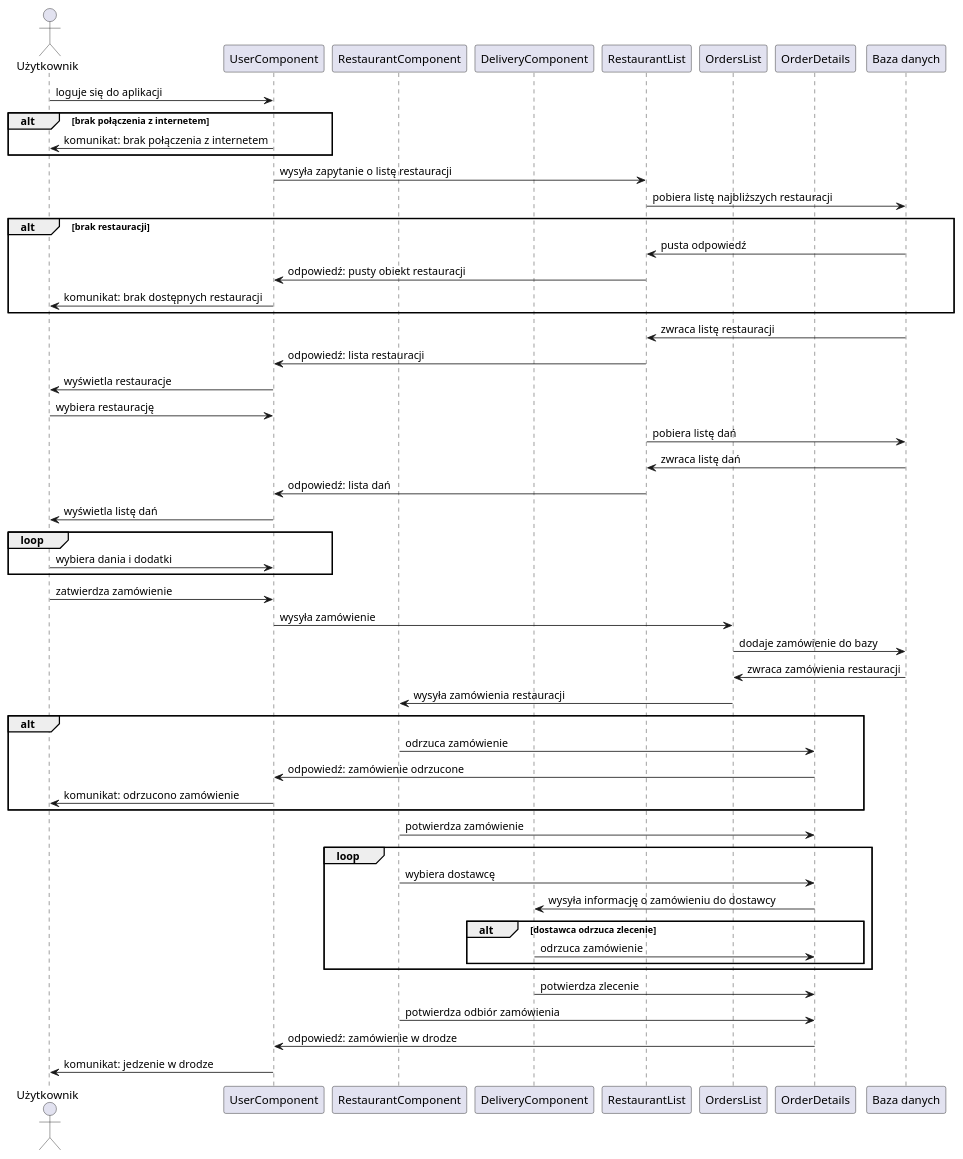
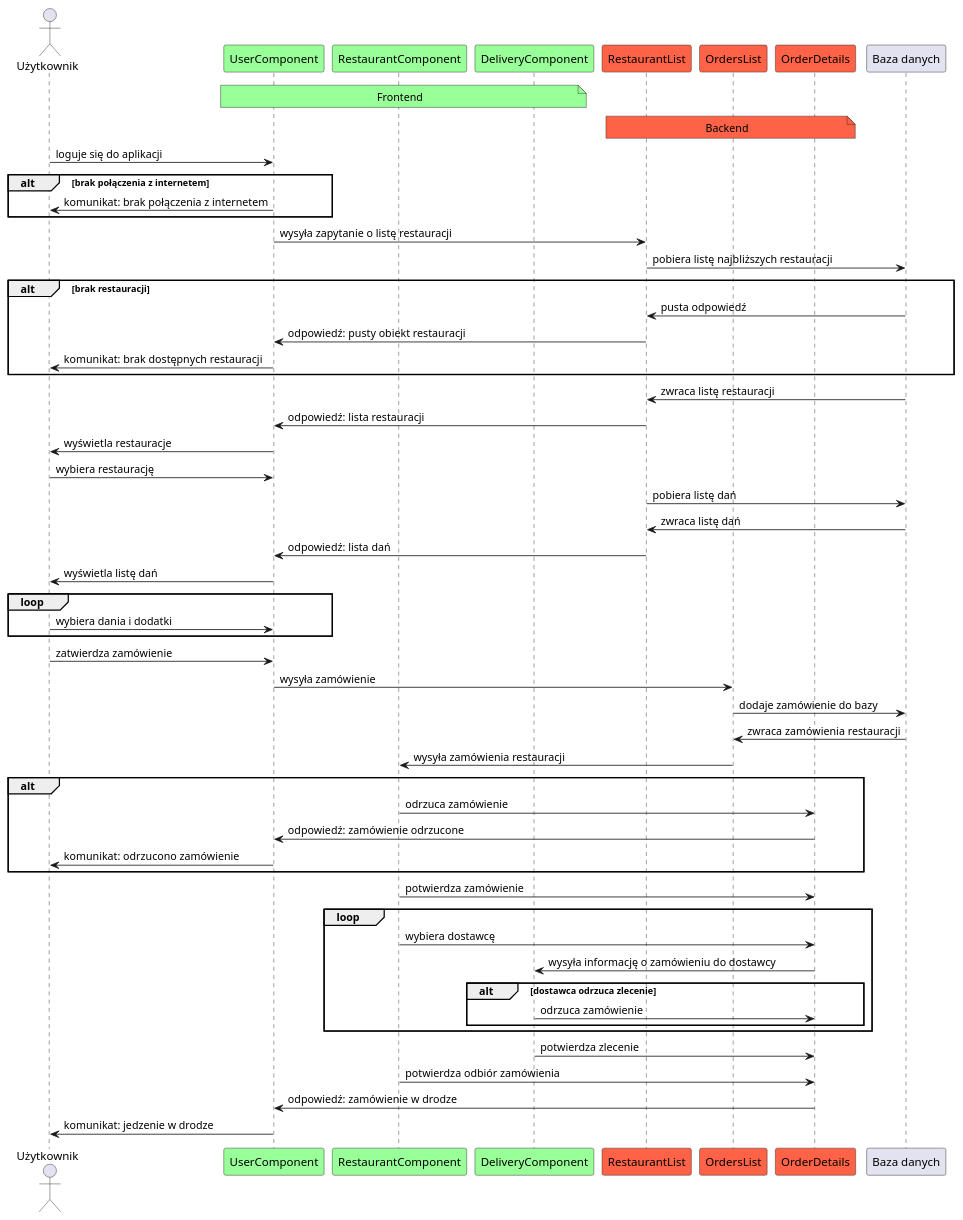
One commit to amelinium23/food-ordering-and-delivering-service changed the diagram in docs/order_sequence.md. Above: the diagram before and after it, drawn with PlantUML. The commit also changed 3 other files, not shown here.

Commit message:
Added some clarity to sequence diagrams

````diff
--- a/docs/order_sequence.md
+++ b/docs/order_sequence.md
@@ -1,61 +1,67 @@
 ```plantuml
 @startuml order
 actor Użytkownik as user
 
-participant UserComponent as userview
-participant RestaurantComponent as rest
-participant DeliveryComponent as courier
-participant RestaurantList as restaurantList
-participant OrdersList as orderlist
-participant OrderDetails as orderdetails
+participant UserComponent as userview #99FF99
+participant RestaurantComponent as rest #99FF99
+participant DeliveryComponent as courier #99FF99
+participant RestaurantList as restaurantList #FF6347
+participant OrdersList as orderlist #FF6347
+participant OrderDetails as orderdetails #FF6347
 participant "Baza danych" as db
+note over userview, courier #99FF99
+Frontend
+end note
+note over restaurantList, orderdetails #FF6347
+Backend
+end note
 
 user -> userview : loguje się do aplikacji
 alt brak połączenia z internetem
     user <- userview : komunikat: brak połączenia z internetem
 end
 userview -> restaurantList : wysyła zapytanie o listę restauracji
 restaurantList -> db : pobiera listę najbliższych restauracji
 alt brak restauracji
     restaurantList <- db : pusta odpowiedź
     userview <- restaurantList : odpowiedź: pusty obiekt restauracji
     user <- userview : komunikat: brak dostępnych restauracji
 end
 
 
 db -> restaurantList : zwraca listę restauracji
 restaurantList -> userview : odpowiedź: lista restauracji
 userview -> user : wyświetla restauracje
 user -> userview : wybiera restaurację
 db <- restaurantList  : pobiera listę dań
 db -> restaurantList : zwraca listę dań
 restaurantList -> userview : odpowiedź: lista dań
 user <- userview : wyświetla listę dań
 loop
     user -> userview : wybiera dania i dodatki
 end
 user -> userview: zatwierdza zamówienie
 userview -> orderlist : wysyła zamówienie
 orderlist -> db : dodaje zamówienie do bazy
 db -> orderlist : zwraca zamówienia restauracji
 orderlist -> rest : wysyła zamówienia restauracji
 alt
 orderdetails <- rest : odrzuca zamówienie
 orderdetails -> userview : odpowiedź: zamówienie odrzucone
 userview -> user : komunikat: odrzucono zamówienie
 end
 orderdetails <- rest : potwierdza zamówienie
 loop
     rest -> orderdetails : wybiera dostawcę
     orderdetails -> courier : wysyła informację o zamówieniu do dostawcy
     alt dostawca odrzuca zlecenie
     courier -> orderdetails : odrzuca zamówienie
 end
 end
 
 courier -> orderdetails : potwierdza zlecenie
 rest -> orderdetails : potwierdza odbiór zamówienia
 userview <- orderdetails : odpowiedź: zamówienie w drodze
 userview -> user : komunikat: jedzenie w drodze
 @enduml
 ```
````
